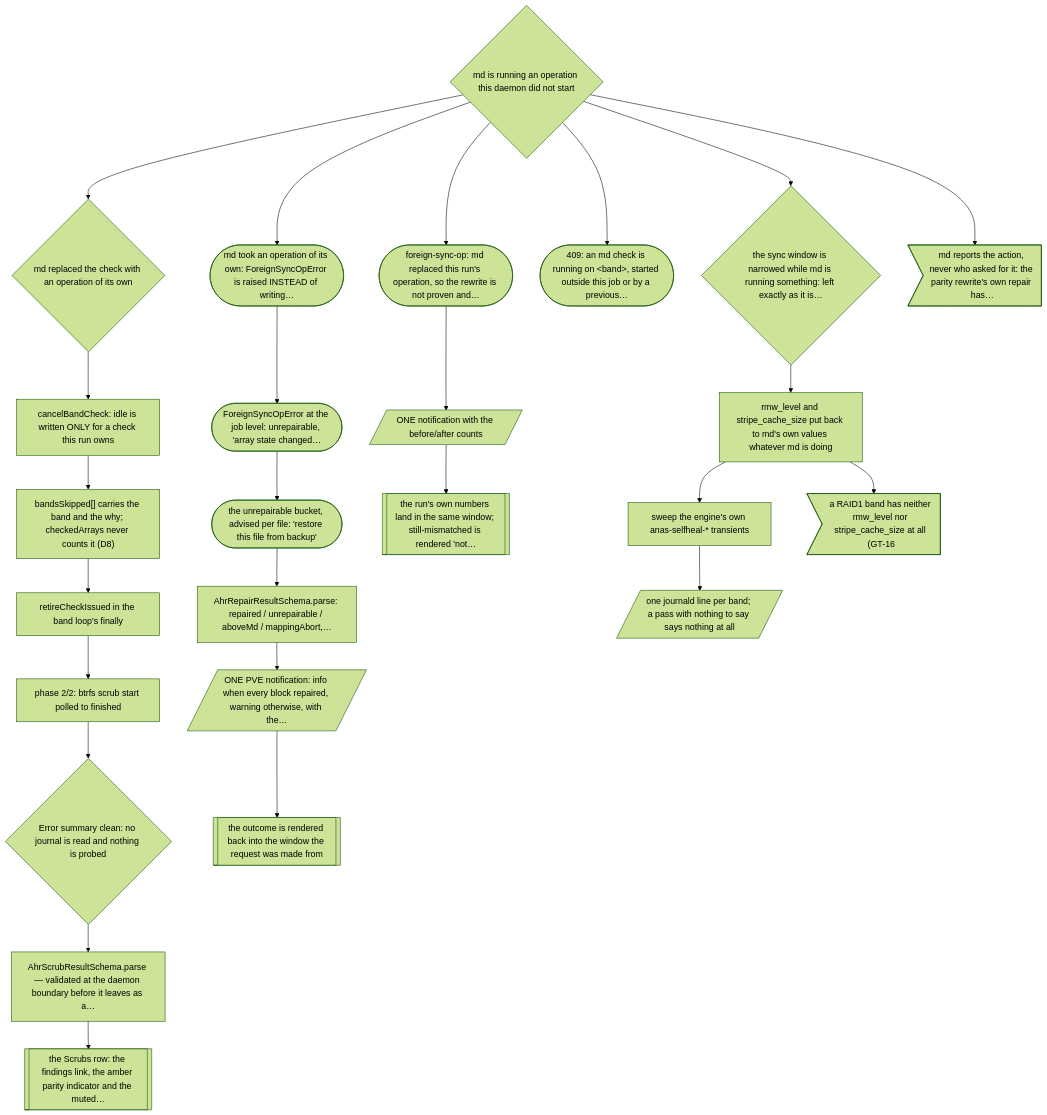
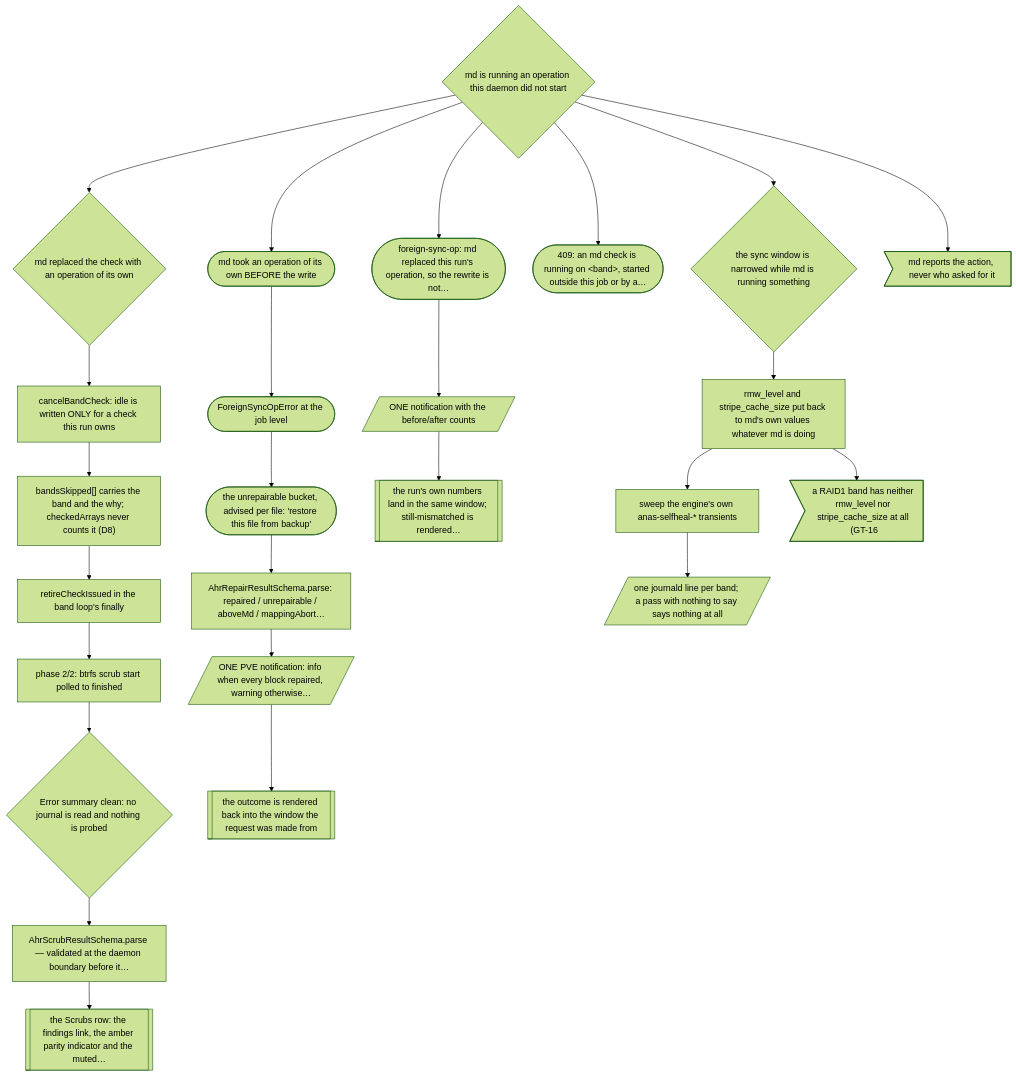
One commit to devn-ch/anas changed diagram 14 of 24 in docs/AHR-SELF-HEAL-DECISION-TREE.md. Above: the diagram before and after it, drawn with Mermaid (forest theme). The commit also changed other lines of this file and 22 other files, not shown here.

````diff
--- a/docs/AHR-SELF-HEAL-DECISION-TREE.md
+++ b/docs/AHR-SELF-HEAL-DECISION-TREE.md
@@ -1193,52 +1289,52 @@
 ```mermaid
 flowchart TD
   X14{"md is running an operation this daemon did not start"}
   S15{"md replaced the check with an operation of its own"}
-  E05c(["md took an operation of its own: ForeignSyncOpError is raised INSTEAD of writing…"])
-  P08a(["foreign-sync-op: md replaced this run's operation, so the rewrite is not proven and…"])
-  RT04a(["409: an md check is running on &lt;band&gt;, started outside this job or by a previous…"])
-  RC2{"the sync window is narrowed while md is running something: left exactly as it is…"}
-  X14r>"md reports the action, never who asked for it: the parity rewrite's own repair has…"]
+  E05c(["md took an operation of its own BEFORE the write"])
+  P08a(["foreign-sync-op: md replaced this run's operation, so the rewrite is not…"])
+  RT04a(["409: an md check is running on &lt;band&gt;, started outside this job or by a…"])
+  RC2{"the sync window is narrowed while md is running something"}
+  X14r>"md reports the action, never who asked for it"]
   S18["cancelBandCheck: idle is written ONLY for a check this run owns"]
-  J44(["ForeignSyncOpError at the job level: unrepairable, 'array state changed…"])
+  J44(["ForeignSyncOpError at the job level"])
   P12[/"ONE notification with the before/after counts"/]
   RC3["rmw_level and stripe_cache_size put back to md's own values whatever md is doing"]
   S30["bandsSkipped[] carries the band and the why; checkedArrays never counts it (D8)"]
   J40(["the unrepairable bucket, advised per file: 'restore this file from backup'"])
-  P13[["the run's own numbers land in the same window; still-mismatched is rendered 'not…"]]
+  P13[["the run's own numbers land in the same window; still-mismatched is rendered…"]]
   RC4["sweep the engine's own anas-selfheal-* transients"]
   RC6>"a RAID1 band has neither rmw_level nor stripe_cache_size at all (GT-16"]
   S31["retireCheckIssued in the band loop's finally"]
-  J50["AhrRepairResultSchema.parse: repaired / unrepairable / aboveMd / mappingAbort,…"]
+  J50["AhrRepairResultSchema.parse: repaired / unrepairable / aboveMd / mappingAbort…"]
   RC5[/"one journald line per band; a pass with nothing to say says nothing at all"/]
   S40["phase 2/2: btrfs scrub start polled to finished"]
-  J51[/"ONE PVE notification: info when every block repaired, warning otherwise, with the…"/]
+  J51[/"ONE PVE notification: info when every block repaired, warning otherwise…"/]
   S42{"Error summary clean: no journal is read and nothing is probed"}
   J52[["the outcome is rendered back into the window the request was made from"]]
-  S60["AhrScrubResultSchema.parse — validated at the daemon boundary before it leaves as a…"]
+  S60["AhrScrubResultSchema.parse — validated at the daemon boundary before it…"]
   S64[["the Scrubs row: the findings link, the amber parity indicator and the muted…"]]
   X14 --> S15
   X14 --> E05c
   X14 --> P08a
   X14 --> RT04a
   X14 --> RC2
   X14 --> X14r
   S15 --> S18
   E05c --> J44
   P08a --> P12
   RC2 --> RC3
   S18 --> S30
   J44 --> J40
   P12 --> P13
   RC3 --> RC4
   RC3 --> RC6
   S30 --> S31
   J40 --> J50
   RC4 --> RC5
   S31 --> S40
   J50 --> J51
   S40 --> S42
   J51 --> J52
   S42 --> S60
   S60 --> S64
 ```
````
